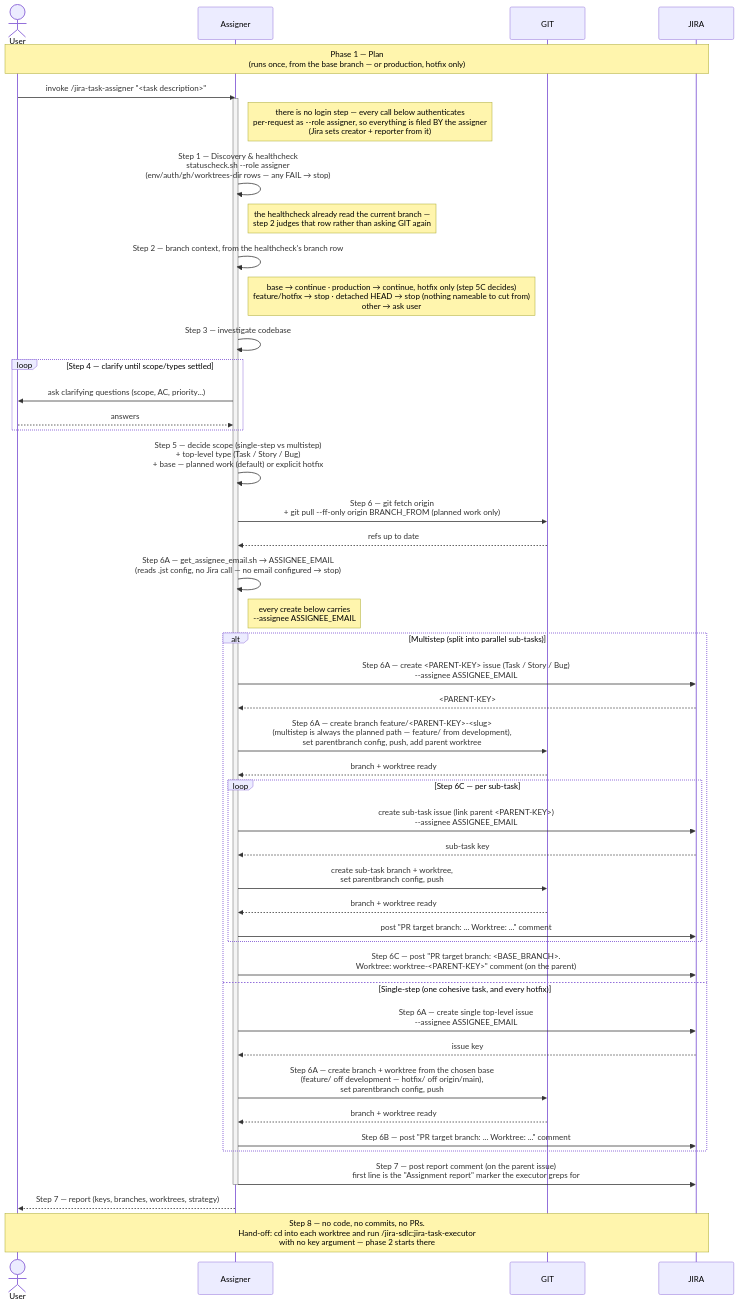
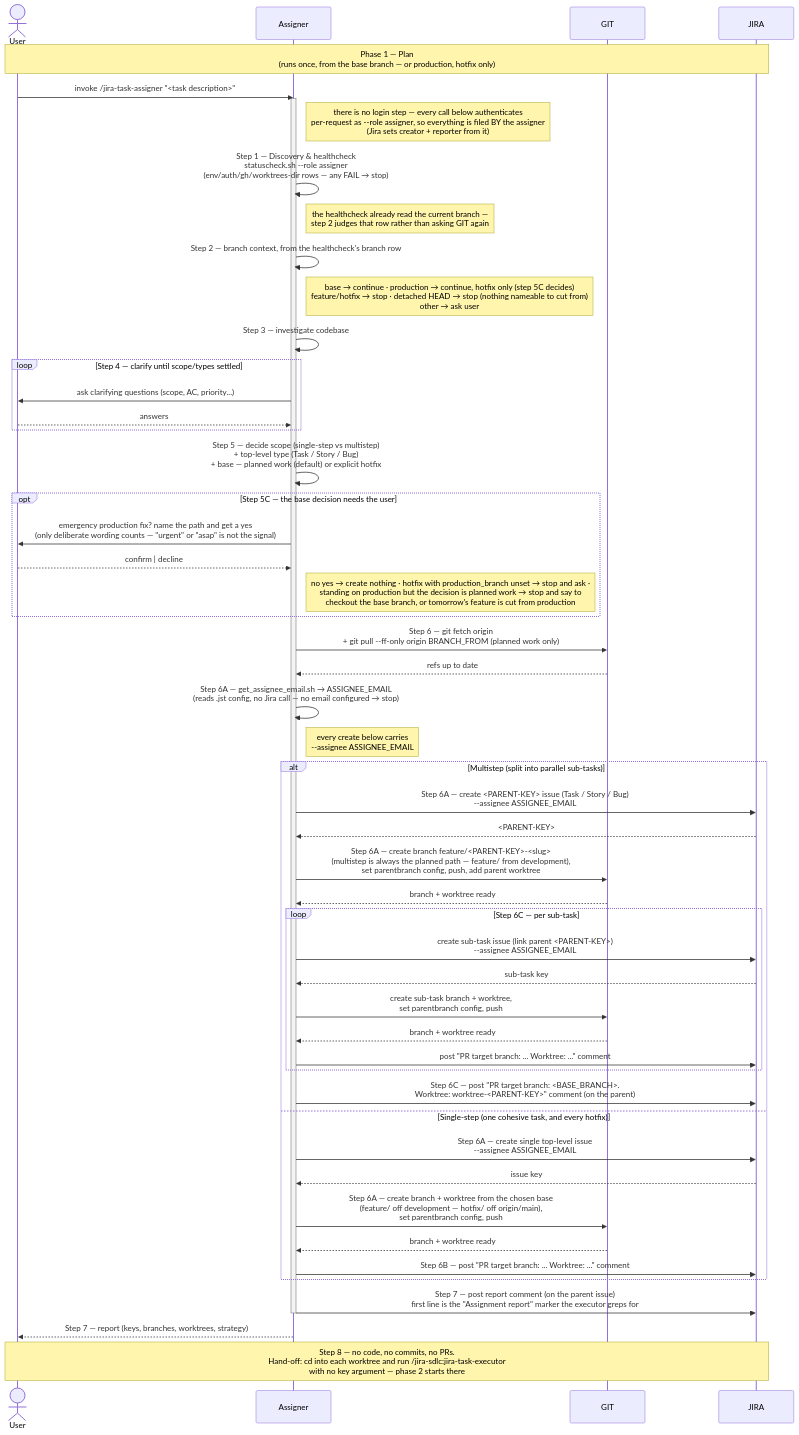
Before and after one commit to kantorv/jira-sdlc-tools: the diagram in docs/task-lifecycle/TASK-LIFECYCLE-PHASE-1.md, drawn with Mermaid. The commit also changed other lines of this file and 5 other files, not shown here.

````diff
--- a/docs/task-lifecycle/TASK-LIFECYCLE-PHASE-1.md
+++ b/docs/task-lifecycle/TASK-LIFECYCLE-PHASE-1.md
@@ -39,56 +39,62 @@
 ```mermaid
 sequenceDiagram
     actor User
     participant Assigner
     participant GIT
     participant JIRA
 
     Note over User,JIRA: Phase 1 — Plan<br/>(runs once, from the base branch — or production, hotfix only)
     User->>Assigner: invoke /jira-task-assigner "<task description>"
 
     activate Assigner
     Note right of Assigner: there is no login step — every call below authenticates<br/>per-request as --role assigner, so everything is filed BY the assigner<br/>(Jira sets creator + reporter from it)
     Assigner->>Assigner: Step 1 — Discovery & healthcheck<br/>statuscheck.sh --role assigner<br/>(env/auth/gh/worktrees-dir rows — any FAIL → stop)
     Note right of Assigner: the healthcheck already read the current branch —<br/>step 2 judges that row rather than asking GIT again
     Assigner->>Assigner: Step 2 — branch context, from the healthcheck's branch row
     Note right of Assigner: base → continue · production → continue, hotfix only (step 5C decides)<br/>feature/hotfix → stop · detached HEAD → stop (nothing nameable to cut from)<br/>other → ask user
     Assigner->>Assigner: Step 3 — investigate codebase
 
     loop Step 4 — clarify until scope/types settled
         Assigner->>User: ask clarifying questions (scope, AC, priority...)
         User-->>Assigner: answers
     end
 
     Assigner->>Assigner: Step 5 — decide scope (single-step vs multistep)<br/>+ top-level type (Task / Story / Bug)<br/>+ base — planned work (default) or explicit hotfix
+
+    opt Step 5C — the base decision needs the user
+        Assigner->>User: emergency production fix? name the path and get a yes<br/>(only deliberate wording counts — "urgent" or "asap" is not the signal)
+        User-->>Assigner: confirm | decline
+        Note right of Assigner: no yes → create nothing · hotfix with production_branch unset → stop and ask ·<br/>standing on production but the decision is planned work → stop and say to<br/>checkout the base branch, or tomorrow's feature is cut from production
+    end
 
     Assigner->>GIT: Step 6 — git fetch origin<br/>+ git pull --ff-only origin BRANCH_FROM (planned work only)
     GIT-->>Assigner: refs up to date
     Assigner->>Assigner: Step 6A — get_assignee_email.sh → ASSIGNEE_EMAIL<br/>(reads .jst config, no Jira call — no email configured → stop)
     Note right of Assigner: every create below carries<br/>--assignee ASSIGNEE_EMAIL
 
     alt Multistep (split into parallel sub-tasks)
         Assigner->>JIRA: Step 6A — create <PARENT-KEY> issue (Task / Story / Bug)<br/>--assignee ASSIGNEE_EMAIL
         JIRA-->>Assigner: <PARENT-KEY>
         Assigner->>GIT: Step 6A — create branch feature/<PARENT-KEY>-<slug><br/>(multistep is always the planned path — feature/ from development),<br/>set parentbranch config, push, add parent worktree
         GIT-->>Assigner: branch + worktree ready
         loop Step 6C — per sub-task
             Assigner->>JIRA: create sub-task issue (link parent <PARENT-KEY>)<br/>--assignee ASSIGNEE_EMAIL
             JIRA-->>Assigner: sub-task key
             Assigner->>GIT: create sub-task branch + worktree,<br/>set parentbranch config, push
             GIT-->>Assigner: branch + worktree ready
             Assigner->>JIRA: post "PR target branch: ... Worktree: ..." comment
         end
         Assigner->>JIRA: Step 6C — post "PR target branch: <BASE_BRANCH>.<br/>Worktree: worktree-<PARENT-KEY>" comment (on the parent)
     else Single-step (one cohesive task, and every hotfix)
         Assigner->>JIRA: Step 6A — create single top-level issue<br/>--assignee ASSIGNEE_EMAIL
         JIRA-->>Assigner: issue key
         Assigner->>GIT: Step 6A — create branch + worktree from the chosen base<br/>(feature/ off development — hotfix/ off origin/main),<br/>set parentbranch config, push
         GIT-->>Assigner: branch + worktree ready
         Assigner->>JIRA: Step 6B — post "PR target branch: ... Worktree: ..." comment
     end
     Assigner->>JIRA: Step 7 — post report comment (on the parent issue)<br/>first line is the "Assignment report" marker the executor greps for
     deactivate Assigner
 
     Assigner-->>User: Step 7 — report (keys, branches, worktrees, strategy)
     Note over User,JIRA: Step 8 — no code, no commits, no PRs.<br/>Hand-off: cd into each worktree and run /jira-sdlc:jira-task-executor<br/>with no key argument — phase 2 starts there
 ```
````
